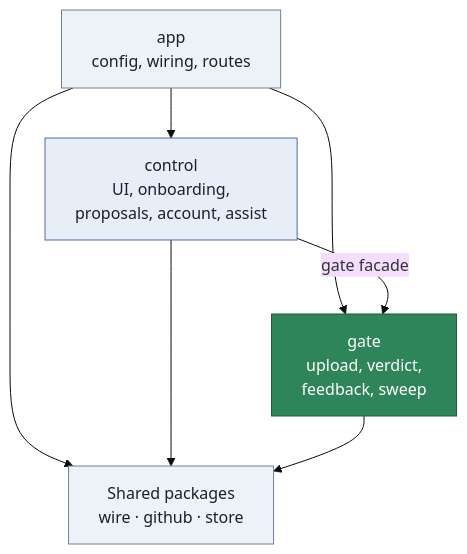
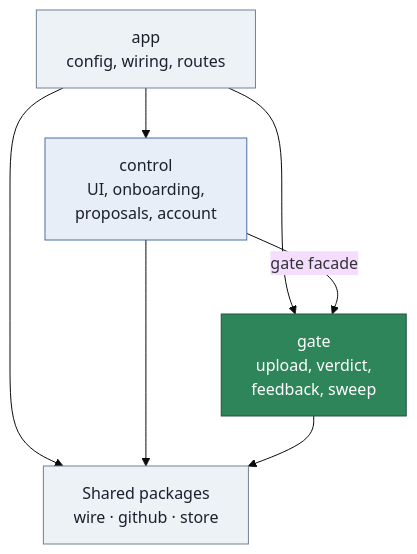
One commit to coupling-dev/archfit-app changed the second of 5 diagrams in docs/architecture.md. Above: the diagram before and after it, drawn with Mermaid (base theme). The commit also changed other lines of this file and 16 other files, not shown here.

````diff
--- a/docs/architecture.md
+++ b/docs/architecture.md
@@ -97,22 +93,22 @@
 ```mermaid
 flowchart TB
     APP["app<br/>config, wiring, routes"]
-    CONTROL["control<br/>UI, onboarding,<br/>proposals, account, assist"]
+    CONTROL["control<br/>UI, onboarding,<br/>proposals, account"]
     GATE["gate<br/>upload, verdict,<br/>feedback, sweep"]
     BASE["Shared packages<br/>wire · github · store"]
 
     APP --> CONTROL
     APP --> GATE
     APP --> BASE
     CONTROL -->|"gate facade"| GATE
     CONTROL --> BASE
     GATE --> BASE
 
     classDef core fill:#2f855a,stroke:#22543d,color:#ffffff
     classDef control fill:#e8eef7,stroke:#4a6fa5,color:#1a202c
     classDef neutral fill:#edf2f7,stroke:#718096,color:#1a202c
 
     class GATE core
     class CONTROL control
     class APP,BASE neutral
 ```
````
